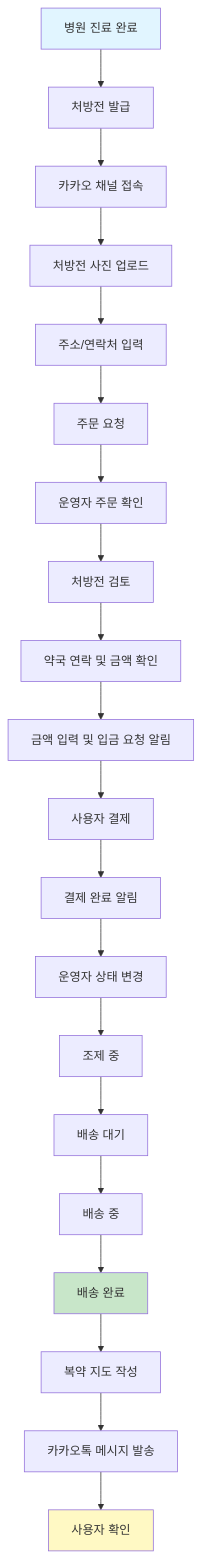
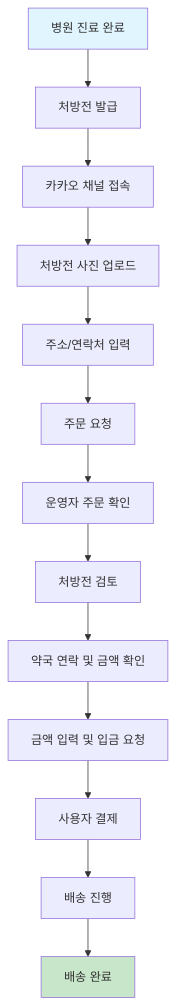
Before and after one commit to Cicada31113/MediGo: the first of 6 diagrams in 01 - Documents/README.md, drawn with Mermaid. The commit also changed other lines of this file, not shown here.

````diff
--- a/01 - Documents/README.md
+++ b/01 - Documents/README.md
@@ -140,30 +155,20 @@
 ```mermaid
 graph TD
-    A[병원 진료 완료] --> B[처방전 발급]
-    B --> C[카카오 채널 접속]
-    C --> D[처방전 사진 업로드]
-    D --> E[주소/연락처 입력]
-    E --> F[주문 요청]
+    A1[병원 진료 완료] --> B1[처방전 발급]
+    B1 --> C1[카카오 채널 접속]
+    C1 --> D1[처방전 사진 업로드]
+    D1 --> E1[주소/연락처 입력]
+    E1 --> F1[주문 요청]
     
-    F --> G[운영자 주문 확인]
-    G --> H[처방전 검토]
-    H --> I[약국 연락 및 금액 확인]
-    I --> J[금액 입력 및 입금 요청 알림]
+    F1 --> G1[운영자 주문 확인]
+    G1 --> H1[처방전 검토]
+    H1 --> I1[약국 연락 및 금액 확인]
+    I1 --> J1[금액 입력 및 입금 요청]
     
-    J --> K[사용자 결제]
-    K --> L[결제 완료 알림]
+    J1 --> K1[사용자 결제]
+    K1 --> L1[배송 진행]
+    L1 --> M1[배송 완료]
     
-    L --> M[운영자 상태 변경]
-    M --> N[조제 중]
-    N --> O[배송 대기]
-    O --> P[배송 중]
-    P --> Q[배송 완료]
-    
-    Q --> R[복약 지도 작성]
-    R --> S[카카오톡 메시지 발송]
-    S --> T[사용자 확인]
-    
-    style A fill:#e1f5ff
-    style Q fill:#c8e6c9
-    style T fill:#fff9c4
+    style A1 fill:#e1f5ff
+    style M1 fill:#c8e6c9
 ```
````
